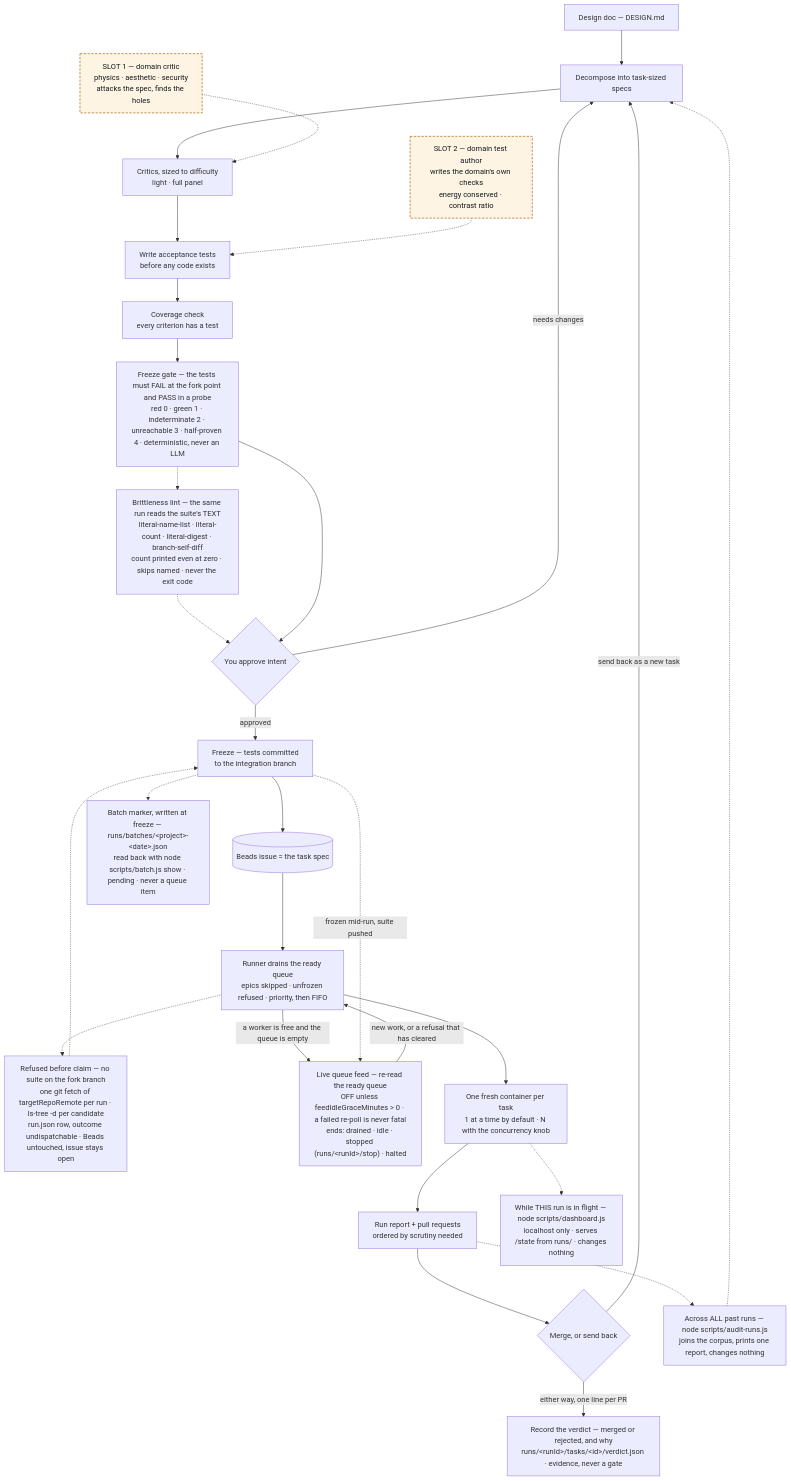
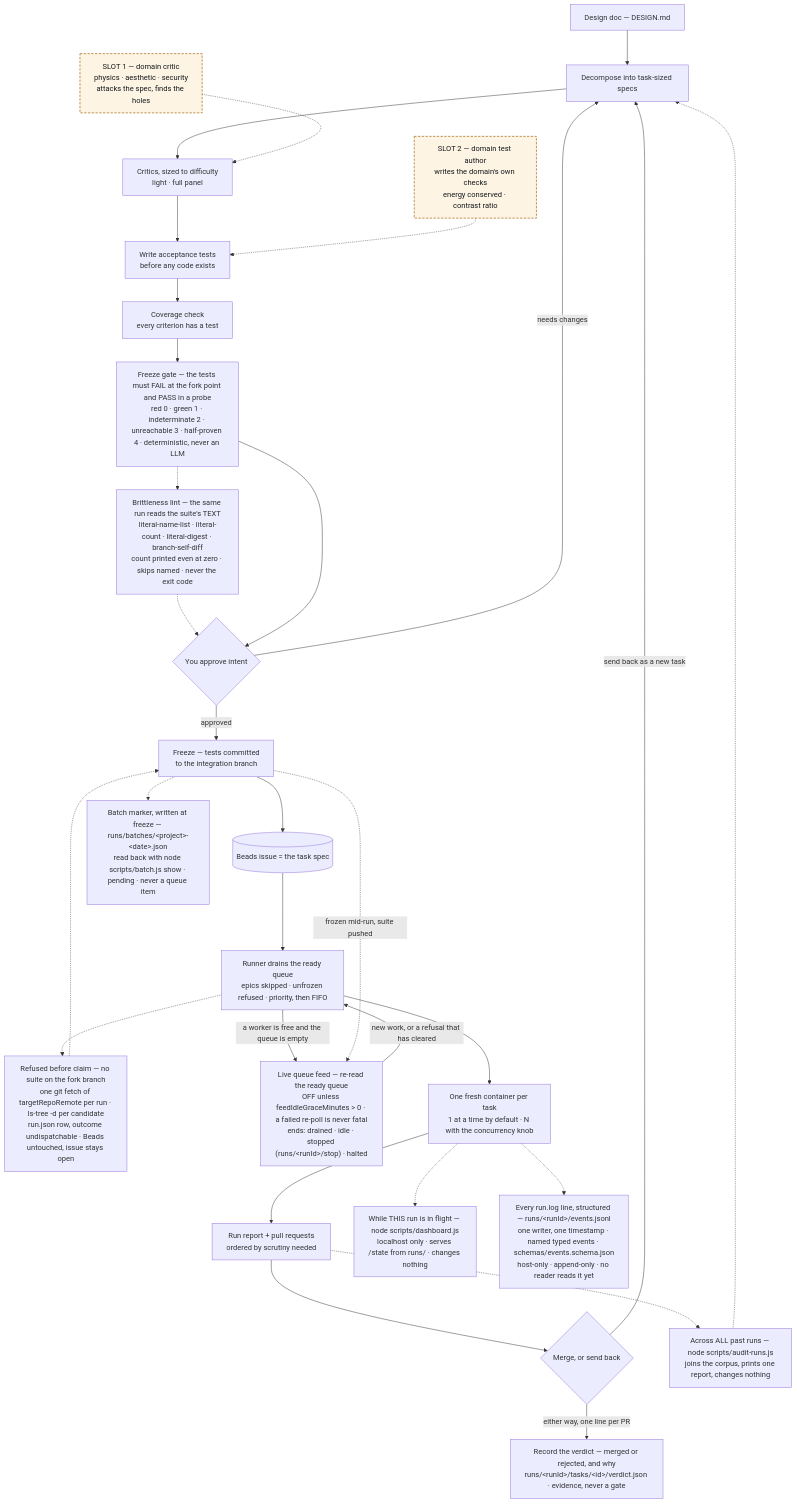
One commit to Chadleewalker/Multi-AgentPipelines changed the first of 5 diagrams in docs/pipeline-diagram.md. Above: the diagram before and after it, drawn with Mermaid. The commit also changed other lines of this file and 16 other files, not shown here.

````diff
--- a/docs/pipeline-diagram.md
+++ b/docs/pipeline-diagram.md
@@ -14,34 +14,35 @@
 ```mermaid
 flowchart TB
   A["Design doc — DESIGN.md"] --> B["Decompose into task-sized specs"]
   B --> C["Critics, sized to difficulty<br/>light · full panel"]
   SP1["SLOT 1 — domain critic<br/>physics · aesthetic · security<br/>attacks the spec, finds the holes"] -.-> C
   C --> D["Write acceptance tests<br/>before any code exists"]
   SP2["SLOT 2 — domain test author<br/>writes the domain's own checks<br/>energy conserved · contrast ratio"] -.-> D
   D --> E["Coverage check<br/>every criterion has a test"]
   E --> FG["Freeze gate — the tests must FAIL at the fork point and PASS in a probe<br/>red 0 · green 1 · indeterminate 2 · unreachable 3 · half-proven 4 · deterministic, never an LLM"]
   FG -.-> BL["Brittleness lint — the same run reads the suite's TEXT<br/>literal-name-list · literal-count · literal-digest · branch-self-diff<br/>count printed even at zero · skips named · never the exit code"]
   BL -.-> F
   FG --> F{"You approve intent"}
   F -->|"needs changes"| B
   F -->|"approved"| G["Freeze — tests committed<br/>to the integration branch"]
   G --> H[("Beads issue = the task spec")]
   G -.-> BM["Batch marker, written at freeze — runs/batches/&lt;project&gt;-&lt;date&gt;.json<br/>read back with node scripts/batch.js show · pending · never a queue item"]
   H --> I["Runner drains the ready queue<br/>epics skipped · unfrozen refused · priority, then FIFO"]
   I -.-> UD["Refused before claim — no suite on the fork branch<br/>one git fetch of targetRepoRemote per run · ls-tree -d per candidate<br/>run.json row, outcome undispatchable · Beads untouched, issue stays open"]
   UD -.-> G
   I -->|"a worker is free and the queue is empty"| FEED["Live queue feed — re-read the ready queue<br/>OFF unless feedIdleGraceMinutes &gt; 0 · a failed re-poll is never fatal<br/>ends: drained · idle · stopped (runs/&lt;runId&gt;/stop) · halted"]
   FEED -->|"new work, or a refusal that has cleared"| I
   G -.->|"frozen mid-run, suite pushed"| FEED
   I --> J["One fresh container per task<br/>1 at a time by default · N with the concurrency knob"]
   J --> K["Run report + pull requests<br/>ordered by scrutiny needed"]
   K --> L{"Merge, or send back"}
   L -->|"send back as a new task"| B
   L -->|"either way, one line per PR"| VD["Record the verdict — merged or rejected, and why<br/>runs/&lt;runId&gt;/tasks/&lt;id&gt;/verdict.json · evidence, never a gate"]
   K -.-> AUD["Across ALL past runs — node scripts/audit-runs.js<br/>joins the corpus, prints one report, changes nothing"]
   AUD -.-> B
   J -.-> DASH["While THIS run is in flight — node scripts/dashboard.js<br/>localhost only · serves /state from runs/ · changes nothing"]
+  J -.-> LED["Every run.log line, structured — runs/&lt;runId&gt;/events.jsonl<br/>one writer, one timestamp · named typed events · schemas/events.schema.json<br/>host-only · append-only · no reader reads it yet"]
 
   classDef specialist fill:#fdf4e3,stroke:#a86c17,stroke-width:1.5px,stroke-dasharray:5 3,color:#14181d
   class SP1,SP2 specialist
 ```
````
